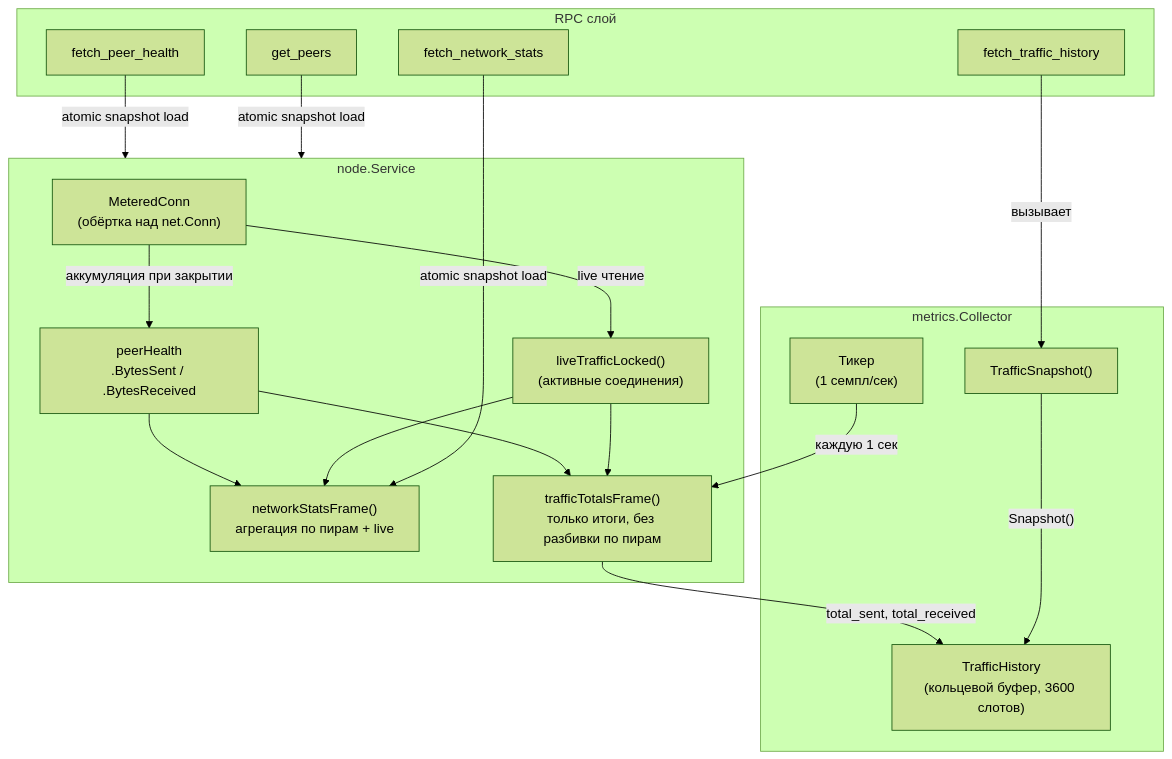
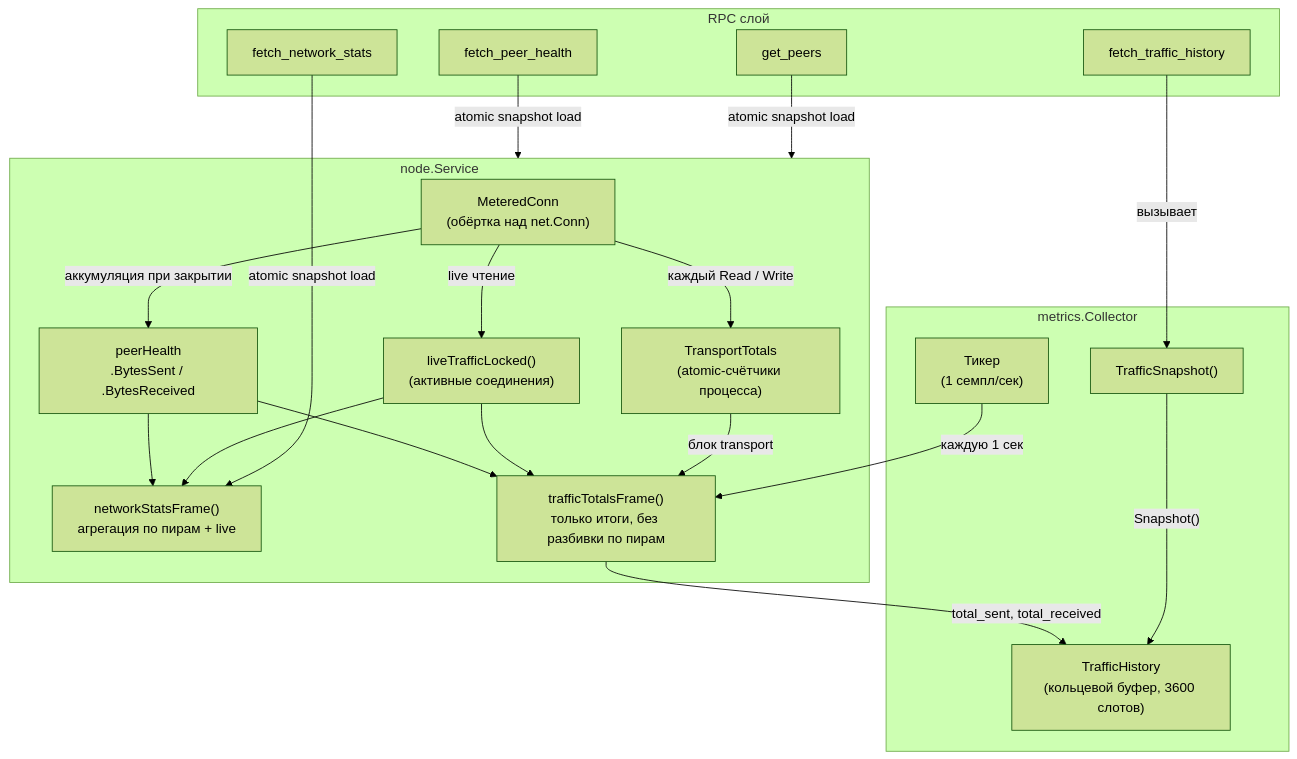
One commit to piratecash/corsa changed the second of 2 diagrams in docs/metrics.md. Above: the diagram before and after it, drawn with Mermaid (forest theme). The commit also changed other lines of this file and 33 other files, not shown here.

````diff
--- a/docs/metrics.md
+++ b/docs/metrics.md
@@ -116,37 +140,40 @@
 ```mermaid
 graph TB
     subgraph Node["node.Service"]
         MC["MeteredConn<br/>(обёртка над net.Conn)"]
+        TT["TransportTotals<br/>(atomic-счётчики процесса)"]
         PH["peerHealth<br/>.BytesSent / .BytesReceived"]
         LT["liveTrafficLocked()<br/>(активные соединения)"]
         NSF["networkStatsFrame()<br/>агрегация по пирам + live"]
         TTF["trafficTotalsFrame()<br/>только итоги, без разбивки по пирам"]
         MC -->|"аккумуляция при закрытии"| PH
         MC -->|"live чтение"| LT
+        MC -->|"каждый Read / Write"| TT
         PH --> NSF
         LT --> NSF
         PH --> TTF
         LT --> TTF
+        TT -->|"блок transport"| TTF
     end
 
     subgraph Metrics["metrics.Collector"]
         TH["TrafficHistory<br/>(кольцевой буфер, 3600 слотов)"]
         TICK["Тикер<br/>(1 семпл/сек)"]
         SNAP["TrafficSnapshot()"]
     end
 
     subgraph RPC["RPC слой"]
         CMD["fetch_traffic_history"]
         CMD_NS["fetch_network_stats"]
         CMD_PH["fetch_peer_health"]
         CMD_GP["get_peers"]
     end
 
     TICK -->|"каждую 1 сек"| TTF
     TTF -->|"total_sent, total_received"| TH
     SNAP -->|"Snapshot()"| TH
     CMD -->|"вызывает"| SNAP
     CMD_NS -->|"atomic snapshot load"| NSF
     CMD_PH -->|"atomic snapshot load"| Node
     CMD_GP -->|"atomic snapshot load"| Node
 ```
````
